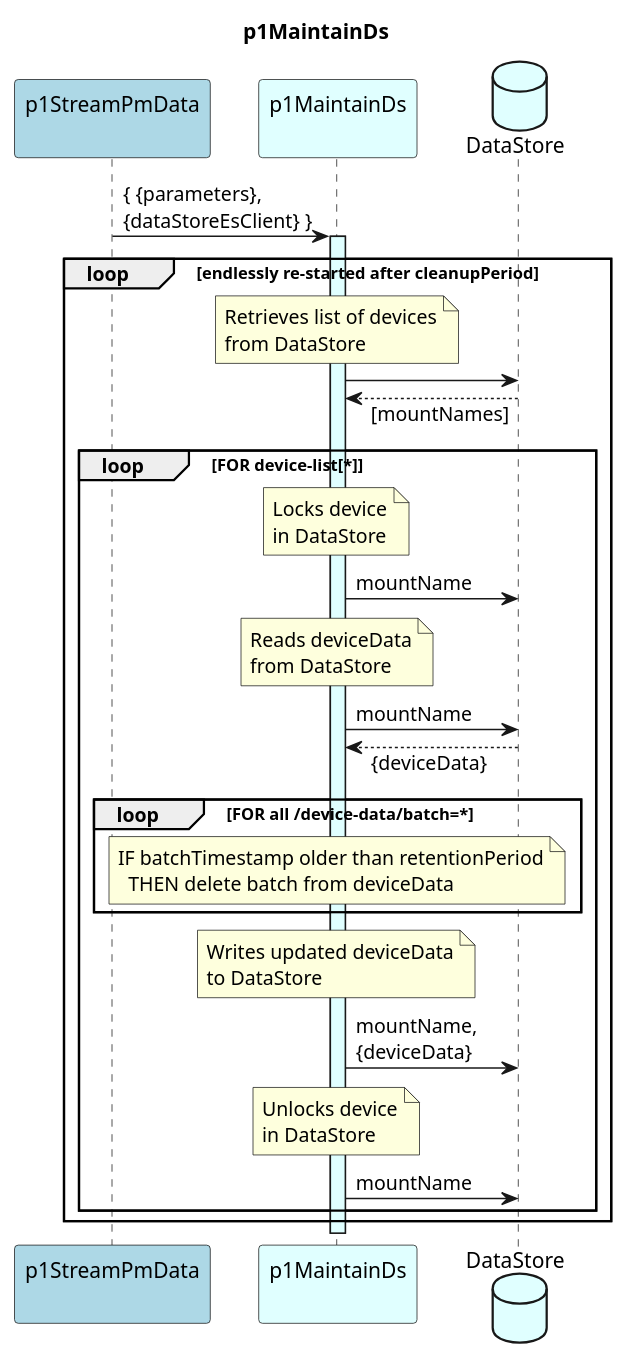
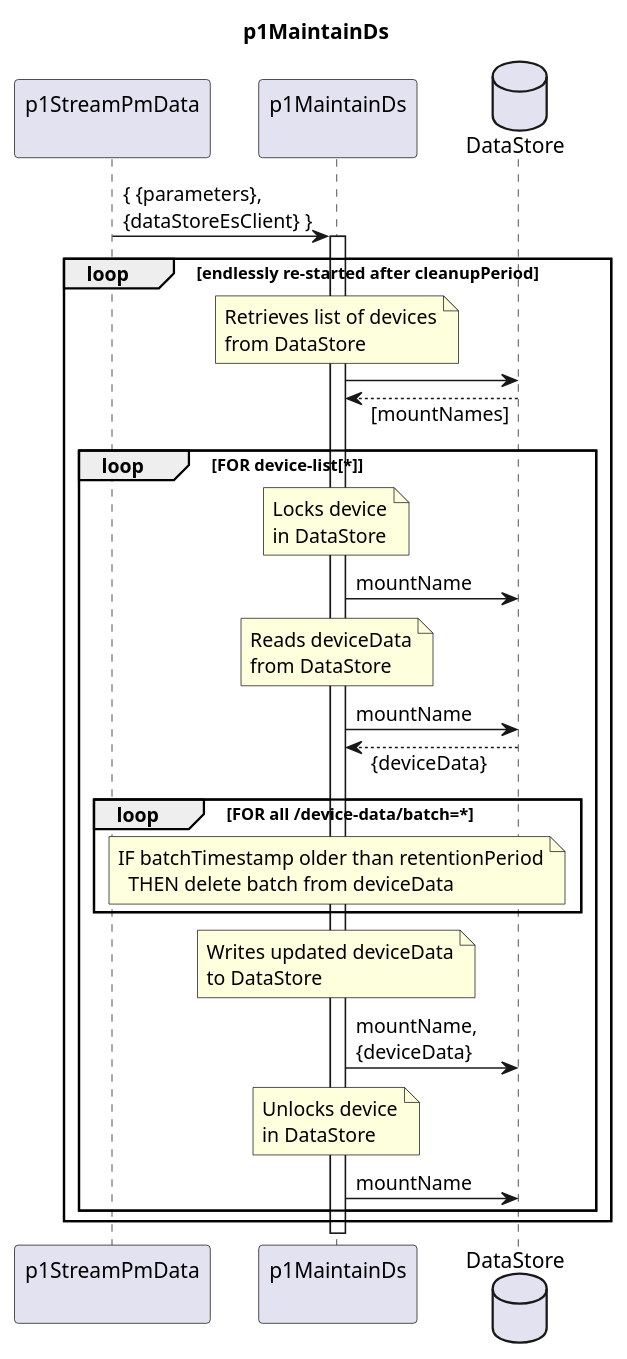
Before and after one commit to openBackhaul/DevicePerformanceManagementDataProcessor: the diagram in spec/Functions/p1StreamPmData/p1MaintainDs/1.0.0/p1MaintainDs.plantuml, drawn with PlantUML. The commit also changed 13 other files, not shown here.

Commit message:
Recollor p1StreamPmData

```diff
--- a/spec/Functions/p1StreamPmData/p1MaintainDs/1.0.0/p1MaintainDs.plantuml
+++ b/spec/Functions/p1StreamPmData/p1MaintainDs/1.0.0/p1MaintainDs.plantuml
@@ -1,62 +1,62 @@
 @startuml p1MaintainDs
 skinparam responseMessageBelowArrow true
 
 title
   p1MaintainDs
 end title
 
-participant "p1StreamPmData\n" as requestor #LightBlue
-participant "p1MaintainDs\n" as p1Main #LightCyan
-database "DataStore" as ds #LightCyan
+participant "p1StreamPmData\n" as requestor
+participant "p1MaintainDs\n" as p1Main
+database "DataStore" as ds
 
 requestor -> p1Main : { {parameters},\n{dataStoreEsClient} }
-activate p1Main #LightCyan
+activate p1Main
 
   loop endlessly re-started after cleanupPeriod
 
     note over p1Main
       Retrieves list of devices
       from DataStore
     end note
     p1Main -> ds
     p1Main <-- ds: [mountNames]
 
     loop FOR device-list[*]
 
       note over p1Main
         Locks device
         in DataStore
       end note
       p1Main -> ds: mountName
 
       note over p1Main
         Reads deviceData
         from DataStore
       end note
       p1Main -> ds: mountName
       p1Main <-- ds: {deviceData}
 
       loop FOR all /device-data/batch=*
         note over p1Main
           IF batchTimestamp older than retentionPeriod
             THEN delete batch from deviceData
         end note
       end loop
 
       note over p1Main
         Writes updated deviceData
         to DataStore
       end note
       p1Main -> ds: mountName,\n{deviceData}
 
       note over p1Main
         Unlocks device
         in DataStore
       end note
       p1Main -> ds: mountName
 
     end loop
 
   end loop
 
 @enduml
```
